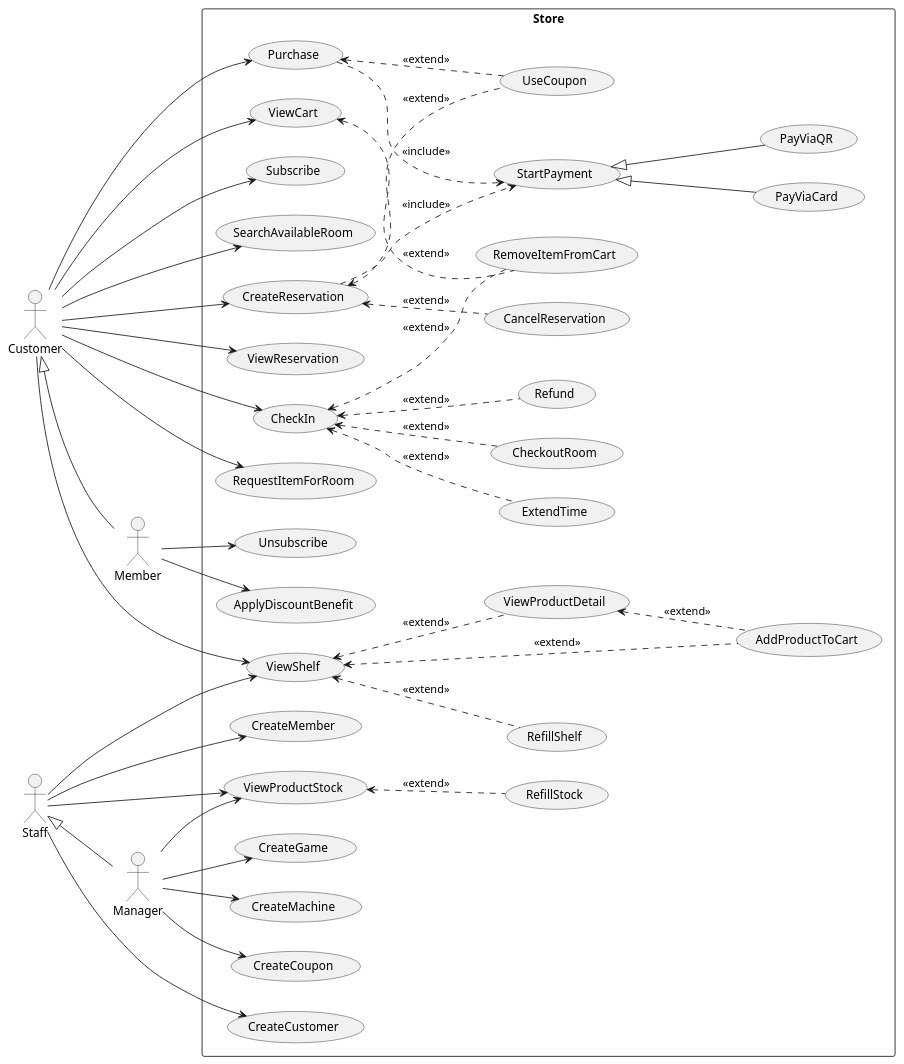
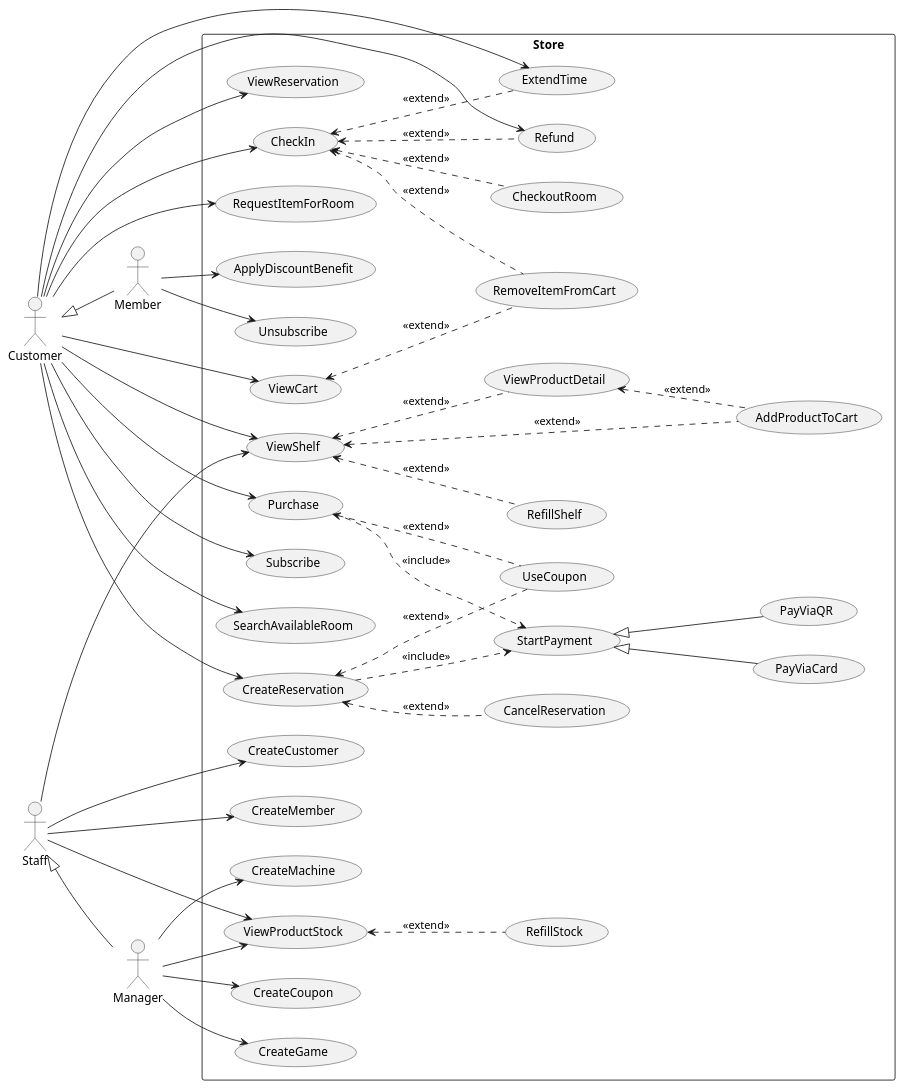
The diagram in UseCaseDiagram/usecase_diagram.puml (WaroonRagwongsiri/OOP_Project), drawn with PlantUML before and after one commit.

Commit message:
Update Usecase Diagram

```diff
--- a/UseCaseDiagram/usecase_diagram.puml
+++ b/UseCaseDiagram/usecase_diagram.puml
@@ -1,114 +1,116 @@
 @startuml UseCaseDiagram
 left to right direction
 
 ' =========================
 ' Actors (from hierarchy in Class Diagram)
 ' =========================
 actor "Customer" as A_Customer
 actor "Member" as A_Member
 actor "Staff" as A_Staff
 actor "Manager" as A_Manager
 
 A_Customer <|-- A_Member
 A_Staff <|-- A_Manager
 
 rectangle "Store" {
 
 	'Customer'
 	usecase "AddProductToCart" as UC_AddProductToCart
 	usecase "ViewCart" as UC_ViewCart
 	usecase "RemoveItemFromCart" as UC_RemoveItemFromCart
 	usecase "ViewShelf" as UC_ViewShelf
 	usecase "ViewProductDetail" as UC_ViewProductDetail
 	usecase "Purchase" as UC_Purchase
 	usecase "UseCoupon" as UC_UseCoupon
 	usecase "Subscribe" as UC_Subscribe
 
 	'Payment'
 	usecase "StartPayment" as UC_StartPayment
 	usecase "PayViaCard" as UC_PayViaCard
 	usecase "PayViaQR" as UC_PayViaQR
 
 	'Member'
 	usecase "ApplyDiscountBenefit" as UC_ApplyDiscountBenefit
 	usecase "Unsubscribe" as UC_Unsubscribe
 
 	'Staff'
 	usecase "CreateCustomer" as UC_CreateCustomer
 	usecase "CreateMember" as UC_CreateMember
 
 	'Manager'
 	usecase "CreateGame" as UC_CreateGame
 	usecase "CreateMachine" as UC_CreateMachine
 	usecase "ViewProductStock" as UC_ViewProductStock
 	usecase "ViewShelf" as UC_ViewShelf
 	usecase "RefillShelf" as UC_RefillShelf
 	usecase "CreateCoupon" as UC_CreateCoupon
 	usecase "RefillStock" as UC_RefillStock
 
 	'Room Reservation'
 	usecase "SearchAvailableRoom" as UC_SearchAvailableRoom
 	usecase "CreateReservation" as UC_CreateReservation
 	usecase "ViewReservation" as UC_ViewReservation
 	usecase "CancelReservation" as UC_CancelReservation
 	usecase "CheckIn" as UC_CheckIn
 	usecase "ExtendTime" as UC_ExtendTime
 	usecase "CheckoutRoom" as UC_CheckoutRoom
 	usecase "Refund" as UC_Refund
 	usecase "RequestItemForRoom" as UC_RequestItemForRoom
 }
 
 'Customer'
 A_Customer --> UC_ViewCart
 A_Customer --> UC_ViewShelf
 A_Customer --> UC_Purchase
 A_Customer --> UC_Subscribe
+A_Customer --> UC_Refund
+A_Customer --> UC_ExtendTime
 A_Customer --> UC_RequestItemForRoom
 A_Customer --> UC_SearchAvailableRoom
 A_Customer --> UC_CreateReservation
 A_Customer --> UC_ViewReservation
 A_Customer --> UC_CheckIn
 
 UC_ViewShelf <.. UC_AddProductToCart : <<extend>>
 UC_ViewShelf <.. UC_ViewProductDetail : <<extend>>
 
 UC_ViewProductDetail <.. UC_AddProductToCart : <<extend>>
 
 UC_ViewCart <.. UC_RemoveItemFromCart : <<extend>>
 
 UC_Purchase <.. UC_UseCoupon : <<extend>>
 UC_Purchase ..> UC_StartPayment : <<include>>
 
 'Payment'
 UC_StartPayment <|-- UC_PayViaCard
 UC_StartPayment <|-- UC_PayViaQR
 
 'Member'
 A_Member --> UC_ApplyDiscountBenefit
 A_Member --> UC_Unsubscribe
 
 'Staff'
 A_Staff --> UC_ViewProductStock
 A_Staff --> UC_CreateCustomer
 A_Staff --> UC_CreateMember
 A_Staff --> UC_ViewShelf
 
 UC_CheckIn <.. UC_Refund : <<extend>>
 UC_CheckIn <.. UC_ExtendTime : <<extend>>
 UC_CheckIn <.. UC_RemoveItemFromCart : <<extend>>
 UC_CheckIn <.. UC_CheckoutRoom : <<extend>>
 
 UC_ViewProductStock <.. UC_RefillStock : <<extend>>
 UC_ViewShelf <.. UC_RefillShelf : <<extend>>
 
 'Manager'
 A_Manager --> UC_CreateCoupon
 A_Manager --> UC_ViewProductStock
 A_Manager --> UC_CreateGame
 A_Manager --> UC_CreateMachine
 
 UC_CreateReservation ..> UC_StartPayment : <<include>>
 UC_CreateReservation <.. UC_UseCoupon : <<extend>>
 UC_CreateReservation <.. UC_CancelReservation : <<extend>>
 
 @enduml
```
